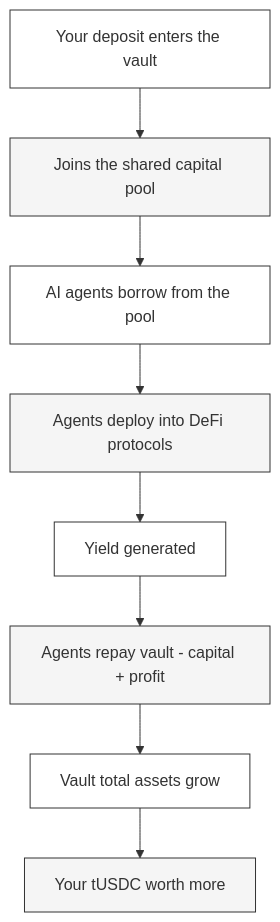
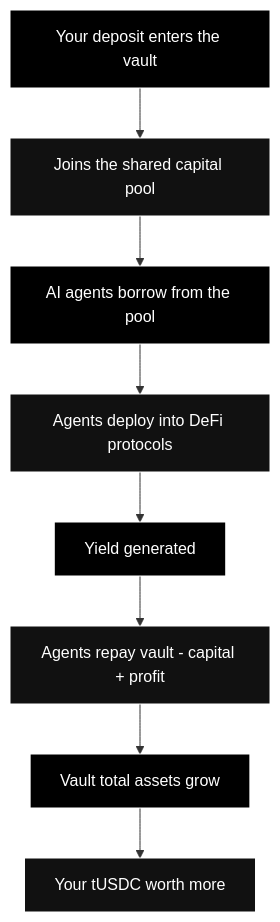
Before and after one commit to TRECC-eth/docs: the diagram in lenders/getting-started.mdx, drawn with Mermaid. The commit also changed 12 other files, not shown here.

Commit message:
changed diagram colours

````diff
--- a/lenders/getting-started.mdx
+++ b/lenders/getting-started.mdx
@@ -58,19 +58,19 @@
 ```mermaid
 graph TD
     DEP[Your deposit enters the vault] --> POOL[Joins the shared capital pool]
     POOL --> BORROW[AI agents borrow from the pool]
     BORROW --> DEPLOY[Agents deploy into DeFi protocols]
     DEPLOY --> YIELD[Yield generated]
     YIELD --> REPAY[Agents repay vault - capital + profit]
     REPAY --> GROW[Vault total assets grow]
     GROW --> SHARE[Your tUSDC worth more]
 
-    style DEP fill:#ffffff,stroke:#333333
-    style POOL fill:#f5f5f5,stroke:#333333
-    style BORROW fill:#ffffff,stroke:#333333
-    style DEPLOY fill:#f5f5f5,stroke:#333333
-    style YIELD fill:#ffffff,stroke:#333333
-    style REPAY fill:#f5f5f5,stroke:#333333
-    style GROW fill:#ffffff,stroke:#333333
-    style SHARE fill:#f5f5f5,stroke:#333333
+    style DEP fill:#000000,stroke:#ffffff,color:#ffffff
+    style POOL fill:#111111,stroke:#ffffff,color:#ffffff
+    style BORROW fill:#000000,stroke:#ffffff,color:#ffffff
+    style DEPLOY fill:#111111,stroke:#ffffff,color:#ffffff
+    style YIELD fill:#000000,stroke:#ffffff,color:#ffffff
+    style REPAY fill:#111111,stroke:#ffffff,color:#ffffff
+    style GROW fill:#000000,stroke:#ffffff,color:#ffffff
+    style SHARE fill:#111111,stroke:#ffffff,color:#ffffff
 ```
````
